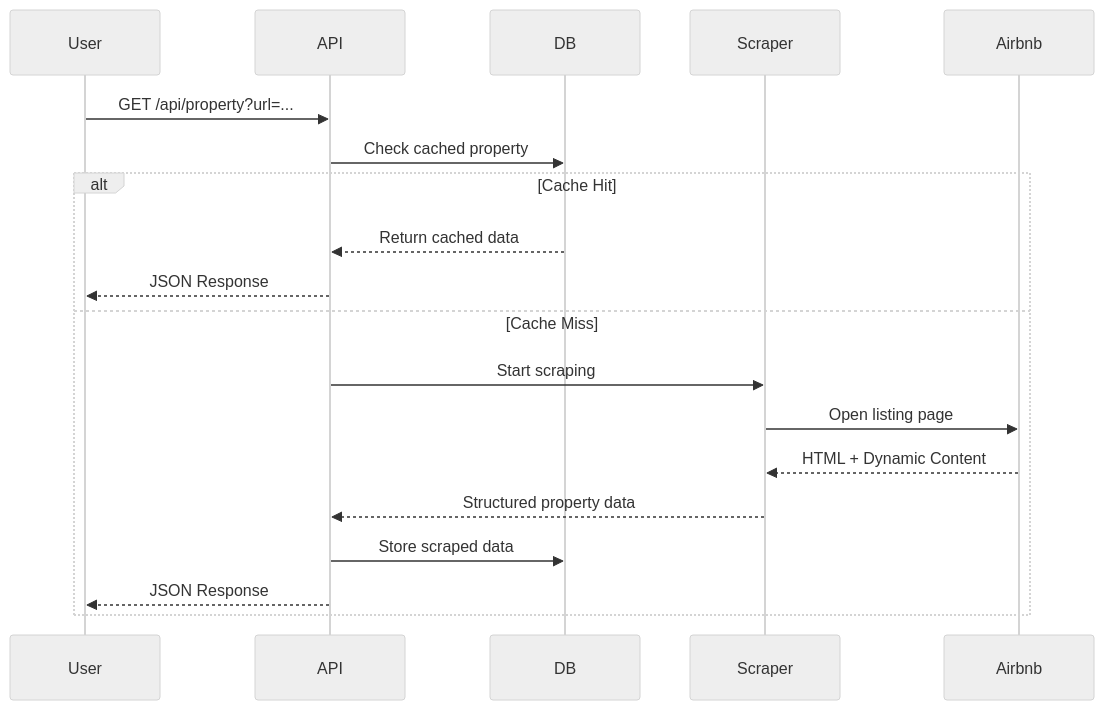
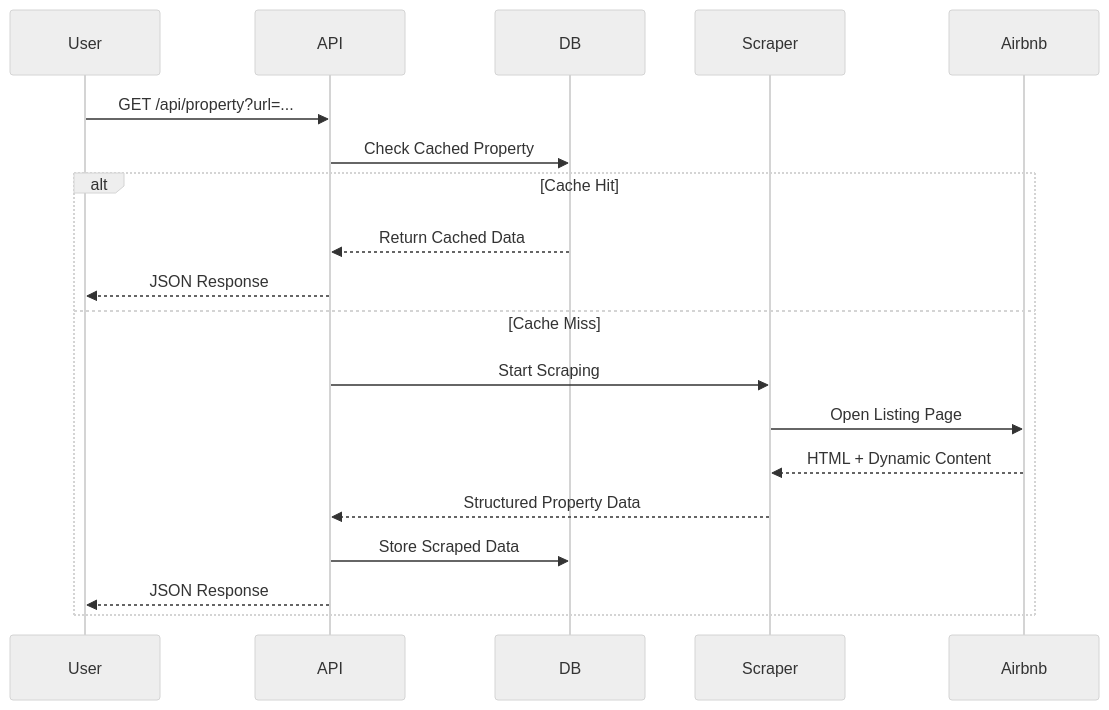
The third of 3 diagrams in README.md (Kuldeepch13/Airbnb-Scraper), drawn with Mermaid (neutral theme) before and after one commit. The commit also changed other lines of this file, not shown here.

````diff
--- a/README.md
+++ b/README.md
@@ -89,24 +89,26 @@
 ```mermaid
 sequenceDiagram
 
 participant User
 participant API
 participant DB
 participant Scraper
 participant Airbnb
 
 User->>API: GET /api/property?url=...
-API->>DB: Check cached property
+
+API->>DB: Check Cached Property
 
 alt Cache Hit
-    DB-->>API: Return cached data
+    DB-->>API: Return Cached Data
     API-->>User: JSON Response
+
 else Cache Miss
-    API->>Scraper: Start scraping
-    Scraper->>Airbnb: Open listing page
+    API->>Scraper: Start Scraping
+    Scraper->>Airbnb: Open Listing Page
     Airbnb-->>Scraper: HTML + Dynamic Content
-    Scraper-->>API: Structured property data
-    API->>DB: Store scraped data
+    Scraper-->>API: Structured Property Data
+    API->>DB: Store Scraped Data
     API-->>User: JSON Response
 end
 ```
````
